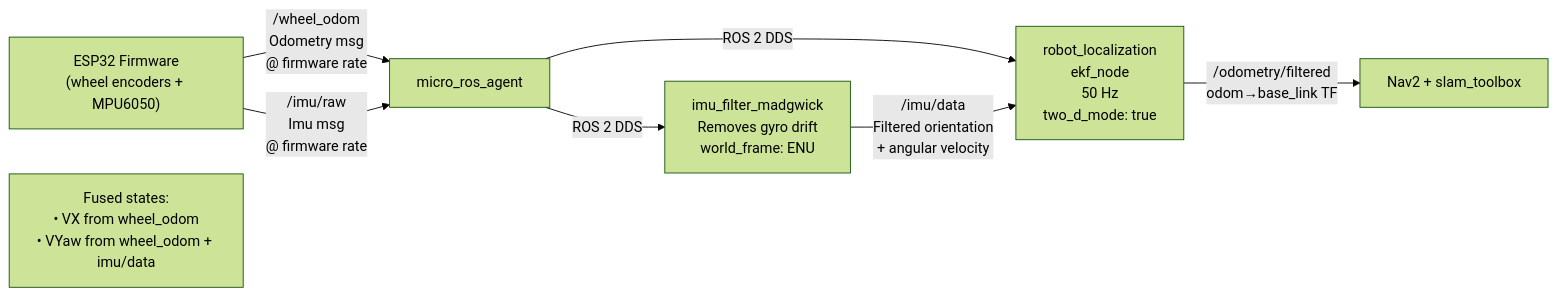
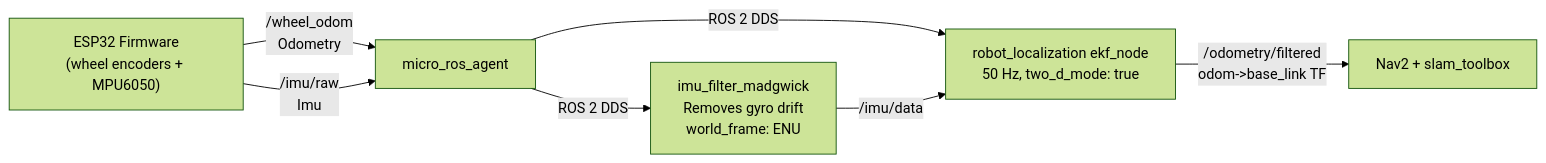
One commit to Aimene-D/burgerbot changed the third of 8 diagrams in ros2_ws/src/burgerbot/ARCHITECTURE.md. Above: the diagram before and after it, drawn with Mermaid (forest theme). The commit also changed other lines of this file and 1 other file, not shown here.

First line of the commit message:
docs: update README and ARCHITECTURE for Ubuntu, Docker fixes, and Jazzy compatibility

````diff
--- a/ros2_ws/src/burgerbot/ARCHITECTURE.md
+++ b/ros2_ws/src/burgerbot/ARCHITECTURE.md
@@ -79,18 +81,16 @@
 ```mermaid
 flowchart LR
     FW["ESP32 Firmware\n(wheel encoders + MPU6050)"]
 
-    FW -->|"/wheel_odom\nOdometry msg\n@ firmware rate"| MA["micro_ros_agent"]
-    FW -->|"/imu/raw\nImu msg\n@ firmware rate"| MA
+    FW -->|"/wheel_odom\nOdometry"| MA["micro_ros_agent"]
+    FW -->|"/imu/raw\nImu"| MA
 
     MA -->|"ROS 2 DDS"| IMF["imu_filter_madgwick\nRemoves gyro drift\nworld_frame: ENU"]
     MA -->|"ROS 2 DDS"| EKF
 
-    IMF -->|"/imu/data\nFiltered orientation\n+ angular velocity"| EKF
+    IMF -->|"/imu/data"| EKF
 
-    EKF["robot_localization\nekf_node\n50 Hz\ntwo_d_mode: true"]
+    EKF["robot_localization ekf_node\n50 Hz, two_d_mode: true"]
 
-    EKF -->|"/odometry/filtered\nodom→base_link TF"| NAV2["Nav2 + slam_toolbox"]
-
-    note1["Fused states:\n• VX from wheel_odom\n• VYaw from wheel_odom + imu/data"]
+    EKF -->|"/odometry/filtered\nodom->base_link TF"| NAV2["Nav2 + slam_toolbox"]
 ```
````
